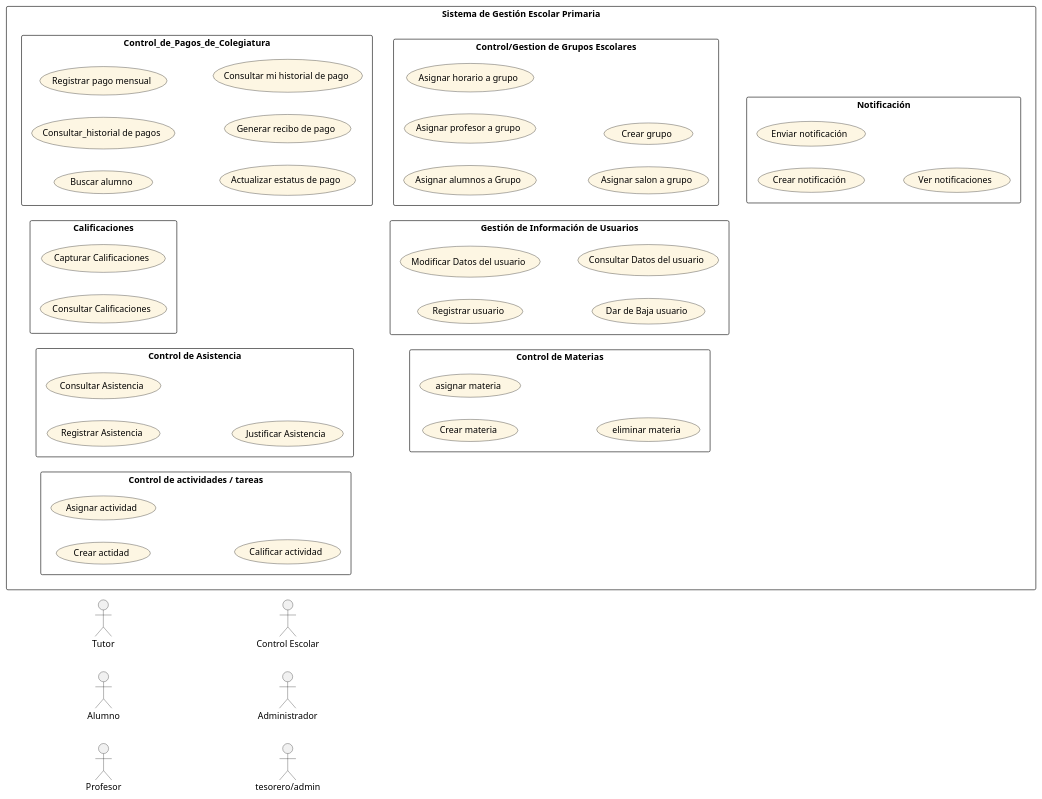
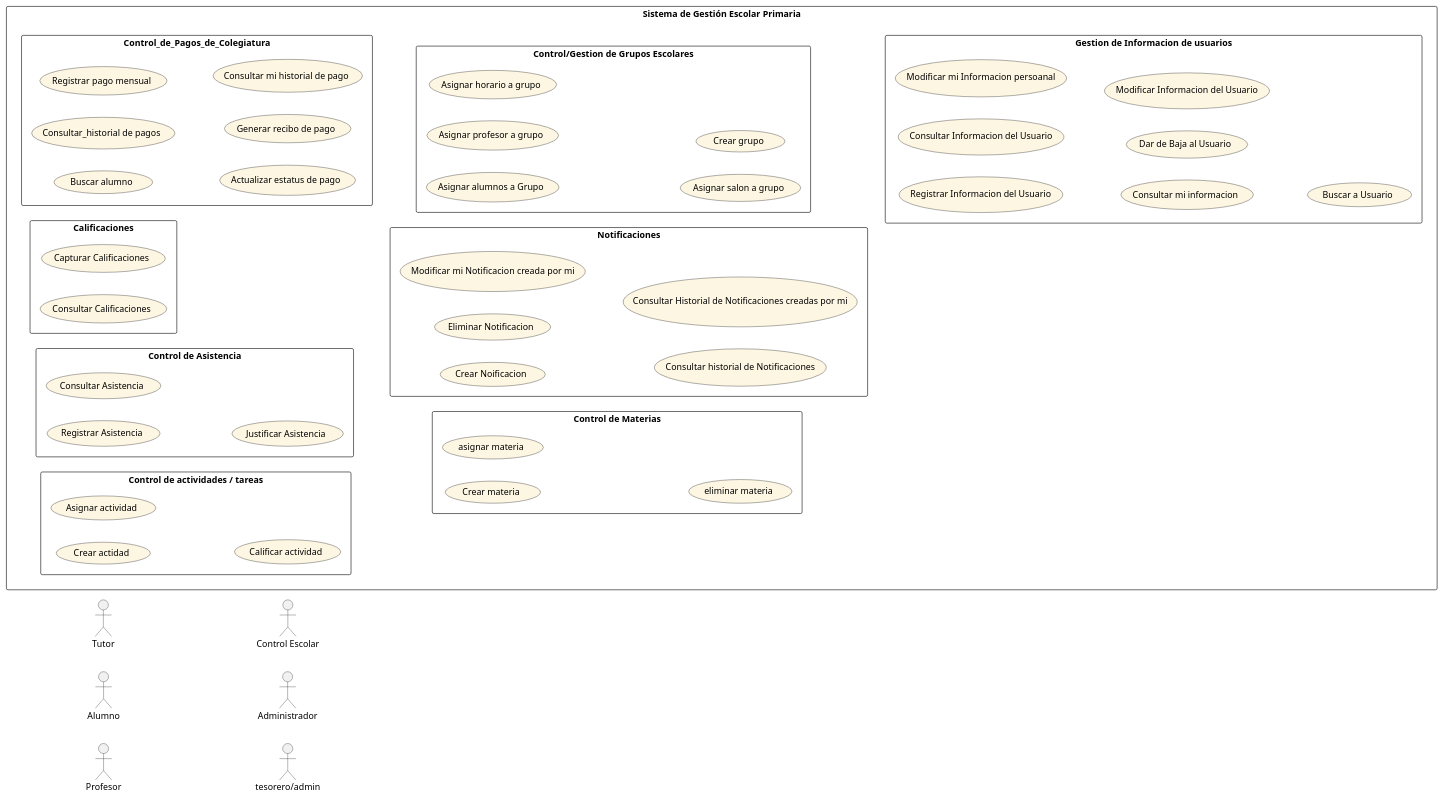
One commit to CORNIIO19/Adm-Escuela changed the diagram in CasoDeUso.puml. Above: the diagram before and after it, drawn with PlantUML.

Commit message:
Agregue mis casos de uso asignados (gestion de usuarios y notificaciones) al caso de uso general del sistema

```diff
--- a/CasoDeUso.puml
+++ b/CasoDeUso.puml
@@ -1,80 +1,87 @@
 @startuml
 left to right direction
 skinparam packageStyle rectangle
 skinparam usecase {
   BackgroundColor #FDF6E3
   BorderColor Black
   ArrowColor Black
 }
 
 actor Tutor as T
 actor Alumno as AL
 actor Profesor as P
 actor "Control Escolar" as CE
 actor Administrador as A
 actor "tesorero/admin" as Cuentas
 
 rectangle "Sistema de Gestión Escolar Primaria" {
 
   package "Control_de_Pagos_de_Colegiatura" {
   usecase "Buscar alumno" as UC50
   usecase "Consultar_historial de pagos" as UC51
   usecase "Registrar pago mensual" as UC52
   usecase "Actualizar estatus de pago" as UC53
   usecase "Generar recibo de pago" as UC54
   usecase "Consultar mi historial de pago" as UC55
    }
 
 
 
   
 
   package "Calificaciones" {
     usecase "Capturar Calificaciones" as UC10
     usecase "Consultar Calificaciones" as UC11
   }
 
   package "Control de Asistencia" {
     usecase "Registrar Asistencia" as UC8
     usecase "Consultar Asistencia" as UC9
     usecase "Justificar Asistencia" as UC24
   }
 
   package "Control de actividades / tareas" {
     usecase "Crear actidad" as UC15
     usecase "Asignar actividad" as UC16
     usecase "Calificar actividad" as UC17
   }
 
   package "Control/Gestion de Grupos Escolares" {
    
   usecase "Asignar alumnos a Grupo" as UC101
   usecase "Asignar profesor a grupo" as UC202
   usecase "Asignar horario a grupo" as UC303
   usecase "Asignar salon a grupo"  as UC404 
   usecase "Crear grupo" as UC5
   }
 
-  package "Gestión de Información de Usuarios" {
-    usecase "Registrar usuario" as UC1
-    usecase "Modificar Datos del usuario" as UC2
-    usecase "Dar de Baja usuario" as UC3
-    usecase "Consultar Datos del usuario" as UC4
+  package "Notificaciones" {
+    usecase "Crear Noificacion" as UC112
+usecase "Eliminar Notificacion" as UC223
+usecase "Modificar mi Notificacion creada por mi" as UC224
+usecase "Enviar Notificacion" as UC225
+' Los casos de consultar aun no estan bien definidos
+usecase "Consultar historial de Notificaciones" as UC225
+usecase "Consultar Historial de Notificaciones creadas por mi" as UC226
   }
 
   package "Control de Materias" {
     usecase "Crear materia" as UC21
     usecase "asignar materia" as UC22
     usecase "eliminar materia" as UC23
   }
 
-  package "Notificación" {
-    usecase "Crear notificación" as UC18
-    usecase "Enviar notificación" as UC19
-    usecase "Ver notificaciones" as UC20
+  package "Gestion de Informacion de usuarios" {
+    usecase "Registrar Informacion del Usuario" as UC111
+usecase "Consultar Informacion del Usuario" as UC222
+usecase "Modificar mi Informacion persoanal" as UC333
+usecase "Consultar mi informacion" as UC444
+usecase "Dar de Baja al Usuario" as UC555
+usecase "Modificar Informacion del Usuario" as UC666
+usecase "Buscar a Usuario" as UC777
   }
 }
 
 ' Relaciones con actores
 
 @enduml
```
